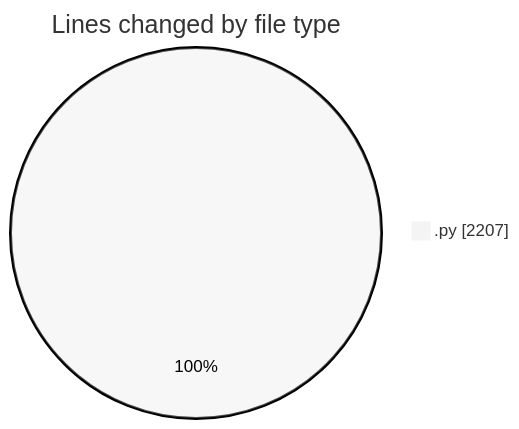
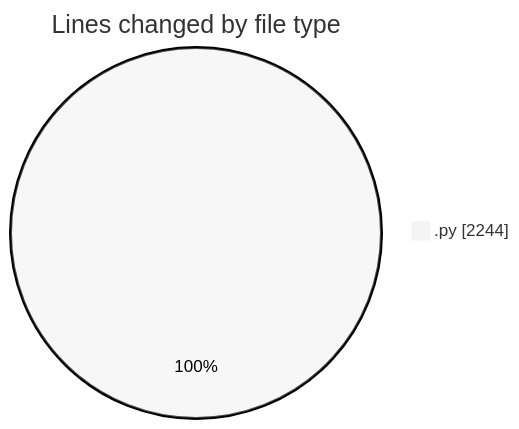
Before and after one commit to MatusMokan/code-tracking: the first of 2 diagrams in 2025-04-12/myws__workspace_/README.md, drawn with Mermaid (neutral theme). The commit also changed other lines of this file and 1 other file, not shown here.

````diff
--- a/2025-04-12/myws__workspace_/README.md
+++ b/2025-04-12/myws__workspace_/README.md
@@ -22,5 +22,5 @@
 ```mermaid
 pie showData
 title Lines changed by file type
-".py" : 2207
+".py" : 2244
 ```
````
